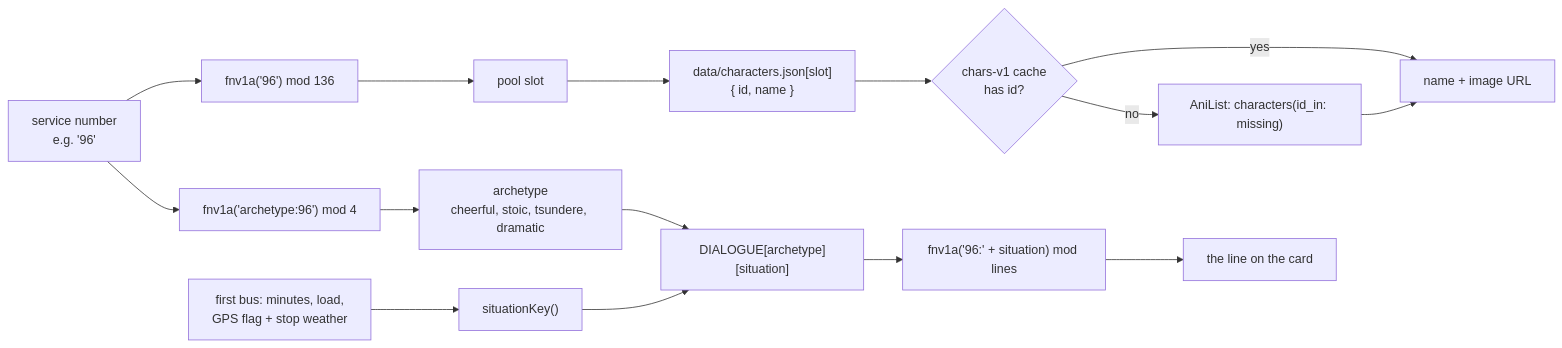
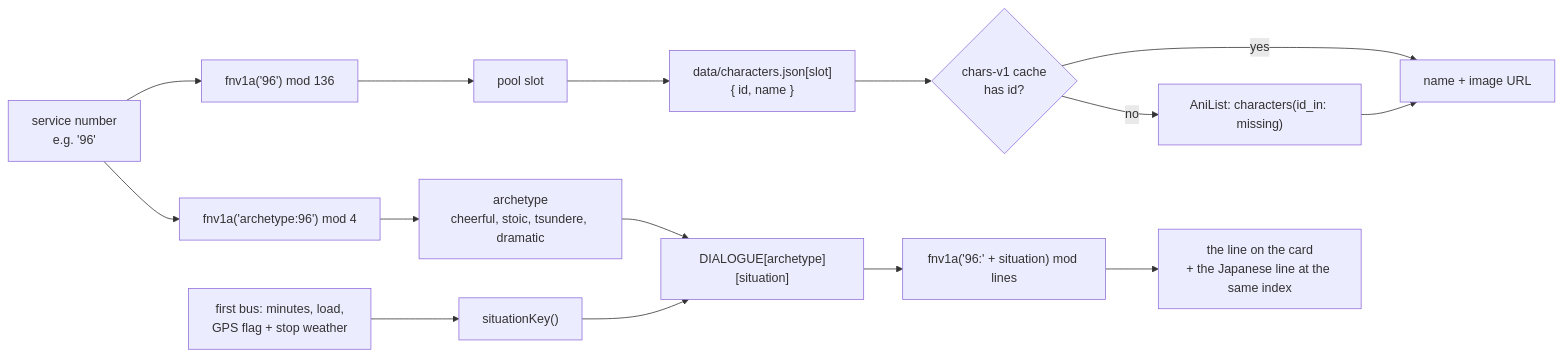
One commit to bguiz/bus-stop-companion changed the seventh of 13 diagrams in ARCH.md. Above: the diagram before and after it, drawn with Mermaid. The commit also changed other lines of this file and 1 other file, not shown here.

````diff
--- a/ARCH.md
+++ b/ARCH.md
@@ -210,21 +215,21 @@
 ```mermaid
 flowchart LR
   No["service number<br/>e.g. '96'"]
 
   No --> H1["fnv1a('96') mod 136"]
   H1 --> Slot["pool slot"]
   Slot --> Entry["data/characters.json[slot]<br/>{ id, name }"]
   Entry --> Cache{"chars-v1 cache<br/>has id?"}
   Cache -- "yes" --> Detail["name + image URL"]
   Cache -- "no" --> AL["AniList: characters(id_in: missing)"]
   AL --> Detail
 
   No --> H2["fnv1a('archetype:96') mod 4"]
   H2 --> Arch["archetype<br/>cheerful, stoic, tsundere, dramatic"]
 
   Ctx["first bus: minutes, load,<br/>GPS flag + stop weather"] --> Sit["situationKey()"]
   Arch --> Lines["DIALOGUE[archetype][situation]"]
   Sit --> Lines
   Lines --> H3["fnv1a('96:' + situation) mod lines"]
-  H3 --> Line["the line on the card"]
+  H3 --> Line["the line on the card<br/>+ the Japanese line at the same index"]
 ```
````
